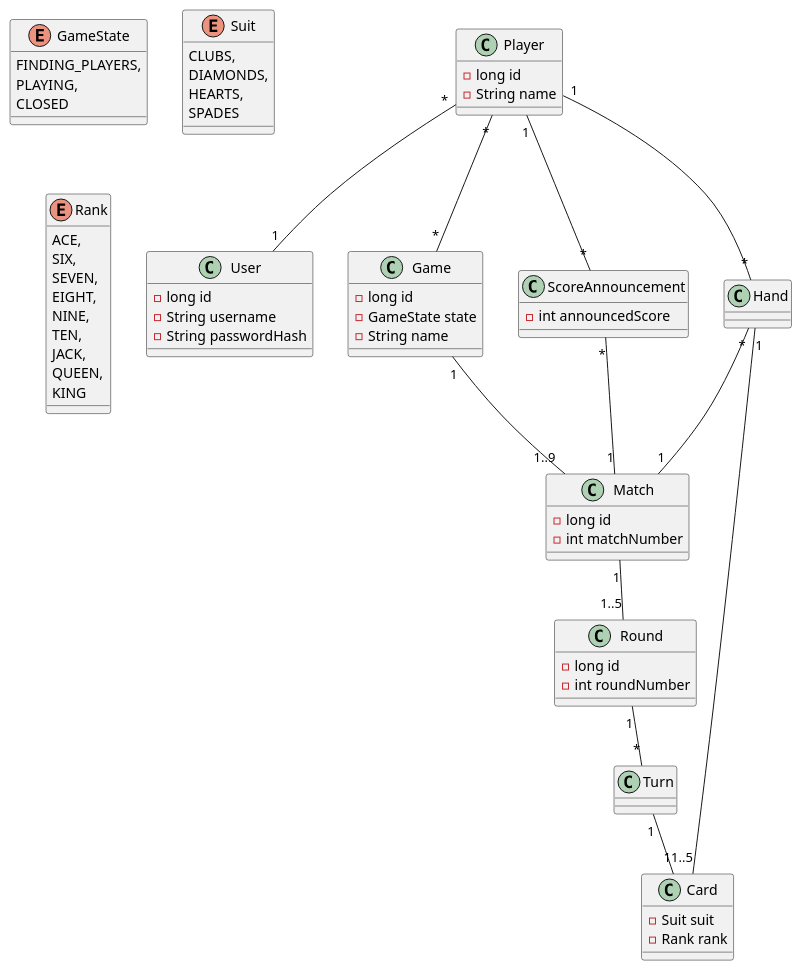
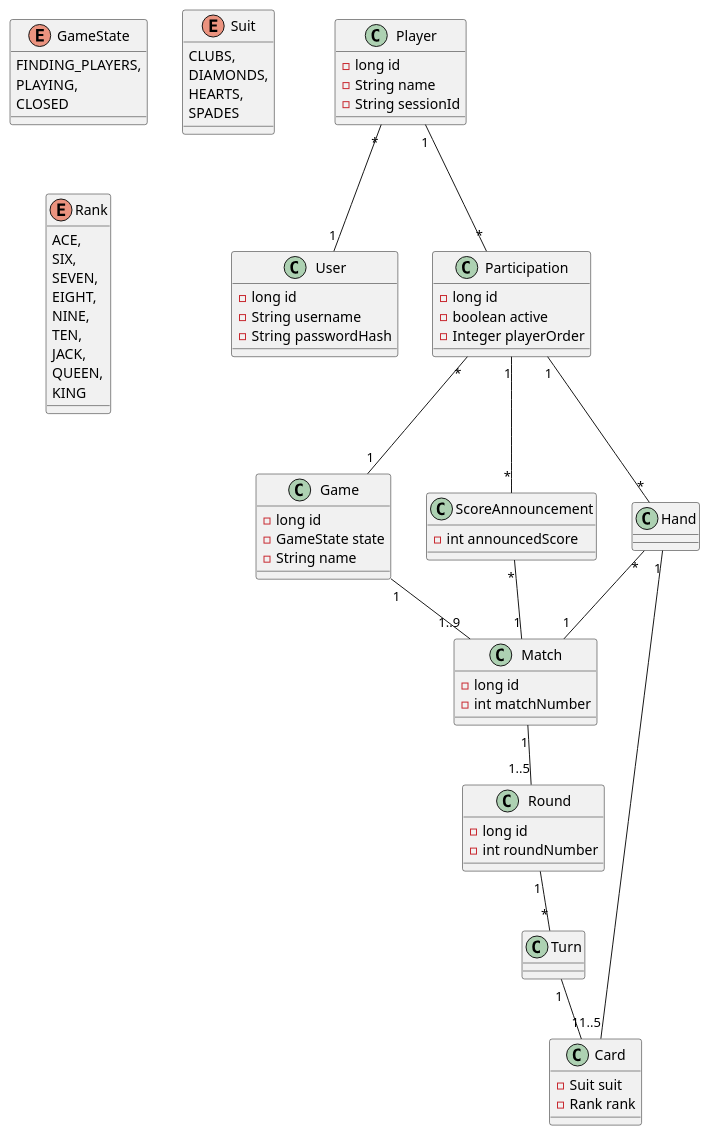
One commit to sopra-fs22-group-36/screw-your-neighbor-server changed the diagram in doc/m2/uml/domain_classes.puml. Above: the diagram before and after it, drawn with PlantUML.

Commit message:
domain_classes.puml: add Participation cross entity
Reasons:
- We can delete the player without losing the references to ScoreAnnouncement and Hand.
- We can add a playerOrder which is independent of the primary key,
so we can shuffle the order if needed.
- That we don't lose the information that a player was here in a previous round if a player leaves in the middle of a game.

Issue: #20

```diff
--- a/doc/m2/uml/domain_classes.puml
+++ b/doc/m2/uml/domain_classes.puml
@@ -1,89 +1,98 @@
 @startuml
 
 class Player {
     - long id
     - String name
+    - String sessionId
 }
 
 class User {
     - long id
     - String username
     - String passwordHash
 }
 
 enum GameState {
     FINDING_PLAYERS,
     PLAYING,
     CLOSED
 }
 
 class Game {
     - long id
     - GameState state
     - String name
+}
+
+class Participation {
+    - long id
+    - boolean active
+    - Integer playerOrder
 }
 
 class Match {
     - long id
     - int matchNumber
 }
 
 class ScoreAnnouncement {
     - int announcedScore
 }
 
 class Hand {
 }
 
 class Turn {
 
 }
 
 class Round {
     - long id
     - int roundNumber
 }
 
 class Card {
     - Suit suit
     - Rank rank
 }
 
 enum Suit {
     CLUBS,
     DIAMONDS,
     HEARTS,
     SPADES
 }
 
 enum Rank {
   ACE,
   SIX,
   SEVEN,
   EIGHT,
   NINE,
   TEN,
   JACK,
   QUEEN,
   KING
 }
 
 Player "*" -- "1" User
-Player "*" -- "*" Game
-Player "1" -- "*" ScoreAnnouncement
-Player "1" -- "*" Hand
+Player "1" -- "*" Participation
+
+Participation "*" -- "1" Game
+Participation "1" -- "*" ScoreAnnouncement
+Participation "1" -- "*" Hand
 
 ScoreAnnouncement "*" -- "1" Match
 
 Hand "*" -- "1" Match
 Hand "1" -- "1..5" Card
 
 Game "1" -- "1..9" Match
 
 Match "1" -- "1..5" Round
 
 Round "1" -- "*" Turn
 
 Turn "1" -- "1" Card
 
 @enduml
```
